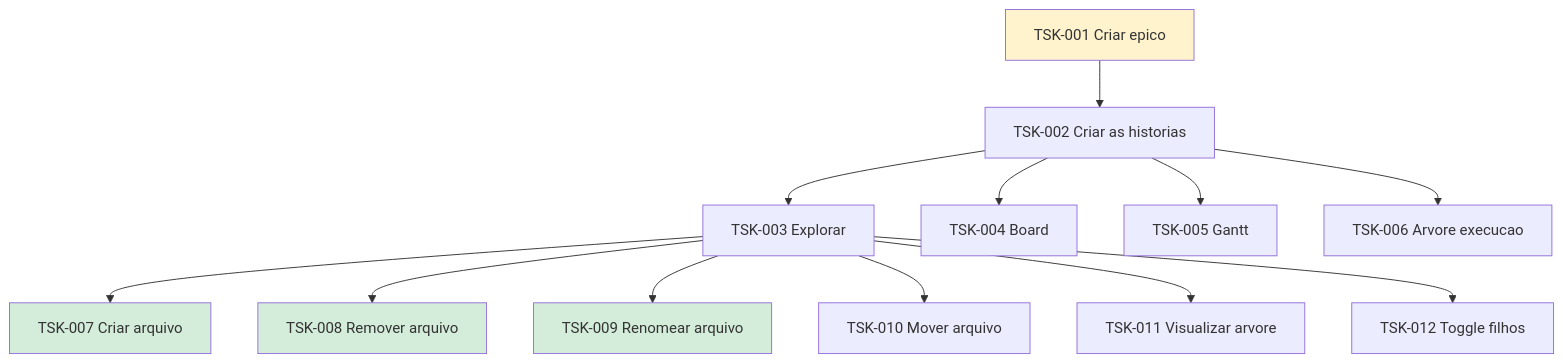
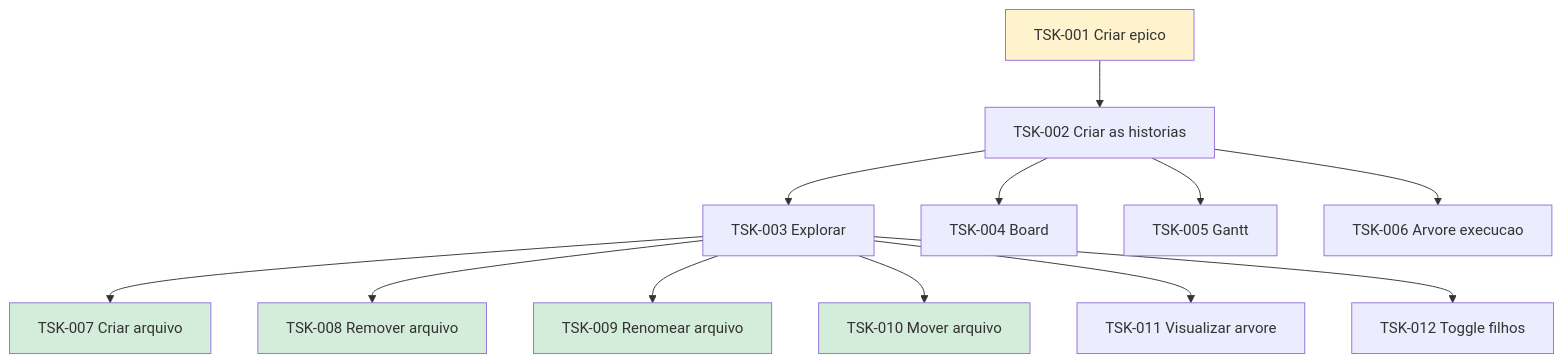
One commit to laerciogermano/workstation changed the diagram in flow/tasks/TSK-001-criar-epico/README.md. Above: the diagram before and after it, drawn with Mermaid. The commit also changed 6 other files, not shown here.

Commit message:
Update task status for 'Mover arquivo' in README.md to reflect completion. Enhance documentation clarity by adding a visual style to the flowchart node, indicating the task's status as 'Done'.

````diff
--- a/flow/tasks/TSK-001-criar-epico/README.md
+++ b/flow/tasks/TSK-001-criar-epico/README.md
@@ -13,30 +13,31 @@
 ```mermaid
 flowchart TD
   T001[TSK-001 Criar epico]
   T002[TSK-002 Criar as historias]
   T003[TSK-003 Explorar]
   T007[TSK-007 Criar arquivo]
   T008[TSK-008 Remover arquivo]
   T009[TSK-009 Renomear arquivo]
   T010[TSK-010 Mover arquivo]
   T011[TSK-011 Visualizar arvore]
   T012[TSK-012 Toggle filhos]
   T004[TSK-004 Board]
   T005[TSK-005 Gantt]
   T006[TSK-006 Arvore execucao]
   T001 --> T002
   T002 --> T003
   T003 --> T007
   T003 --> T008
   T003 --> T009
   T003 --> T010
   T003 --> T011
   T003 --> T012
   T002 --> T004
   T002 --> T005
   T002 --> T006
   style T001 fill:#fff3cd
   style T007 fill:#d4edda
   style T008 fill:#d4edda
   style T009 fill:#d4edda
+  style T010 fill:#d4edda
 ```
````
